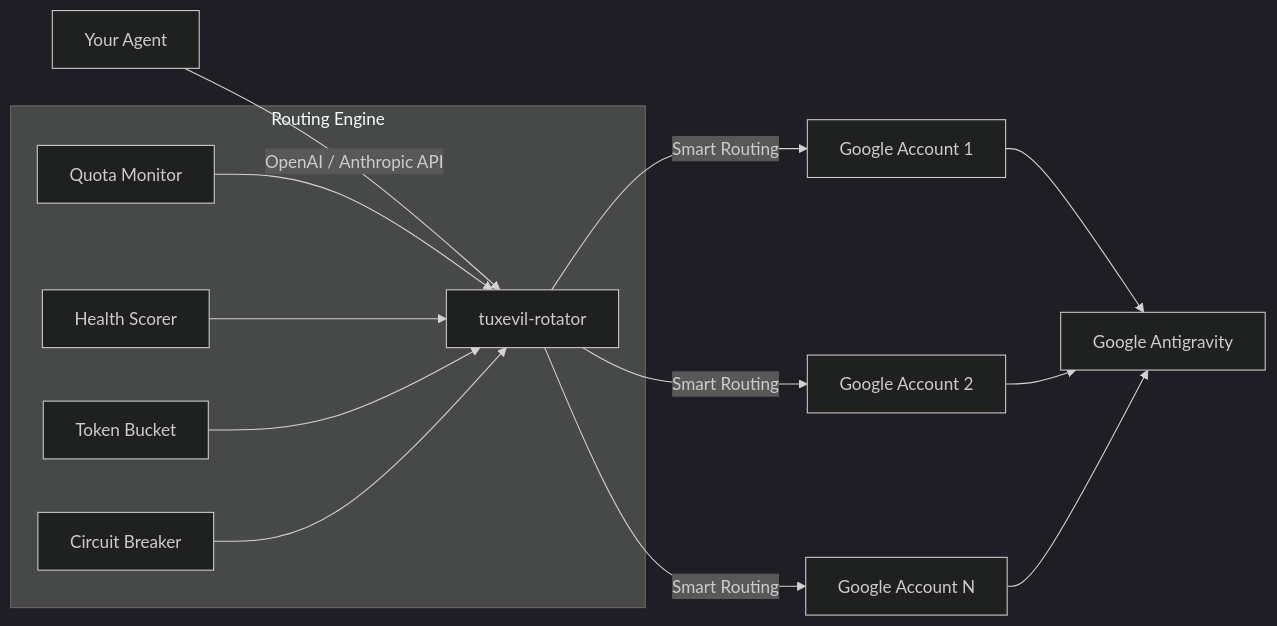
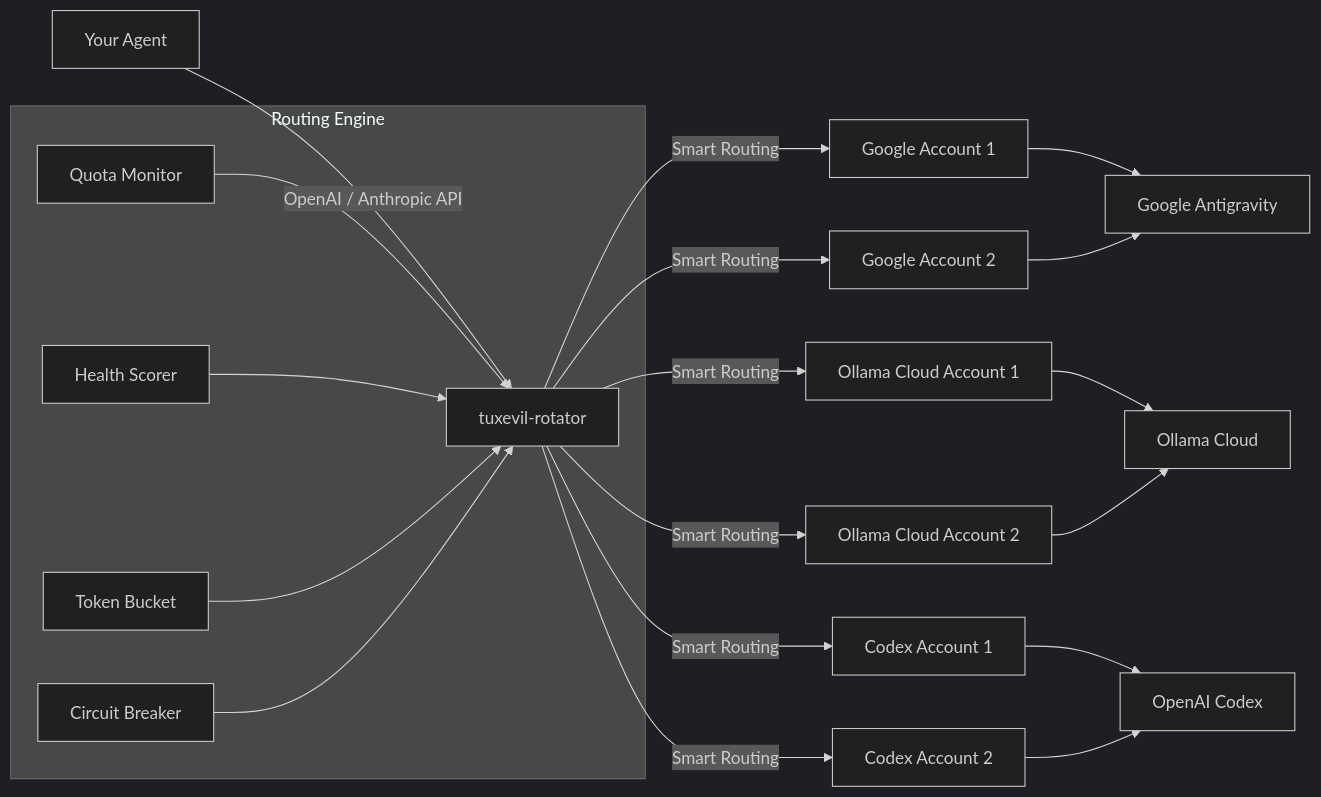
Before and after one commit to javargasm/pi-antigravity-rotator: the diagram in docs/how-it-works.md, drawn with Mermaid (dark theme). The commit also changed other lines of this file and 8 other files, not shown here.

````diff
--- a/docs/how-it-works.md
+++ b/docs/how-it-works.md
@@ -21,17 +21,23 @@
 ```mermaid
 graph LR
     A[Your Agent] -->|OpenAI / Anthropic API| B[tuxevil-rotator]
     B -->|Smart Routing| C[Google Account 1]
     B -->|Smart Routing| D[Google Account 2]
-    B -->|Smart Routing| E[Google Account N]
-    C --> F[Google Antigravity]
-    D --> F
-    E --> F
+    B -->|Smart Routing| E[Ollama Cloud Account 1]
+    B -->|Smart Routing| F[Ollama Cloud Account 2]
+    B -->|Smart Routing| G[Codex Account 1]
+    B -->|Smart Routing| H[Codex Account 2]
+    C --> I[Google Antigravity]
+    D --> I
+    E --> J[Ollama Cloud]
+    F --> J
+    G --> K[OpenAI Codex]
+    H --> K
 
     subgraph Routing Engine
-        G[Quota Monitor] --> B
-        H[Health Scorer] --> B
-        I[Token Bucket] --> B
-        J[Circuit Breaker] --> B
+        L[Quota Monitor] --> B
+        M[Health Scorer] --> B
+        N[Token Bucket] --> B
+        O[Circuit Breaker] --> B
     end
 ```
````
